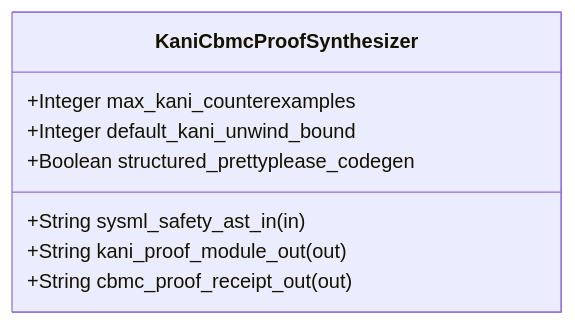
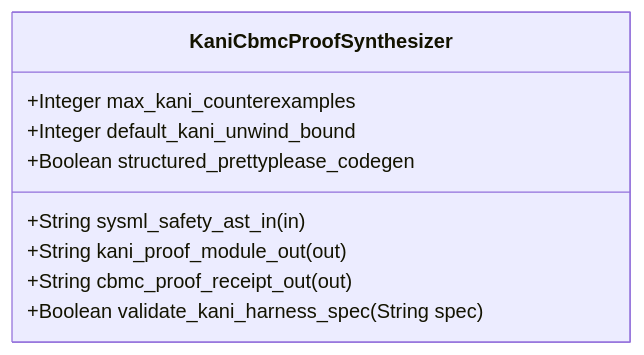
The diagram in .pipeline/upstream/docs/features/FEAT-43-KaniCbmcProofSynthesizer.md (gintatkinson/DEAP01-spec-core), drawn with Mermaid before and after one commit. The commit also changed other lines of this file and 225 other files, not shown here.

````diff
--- a/.pipeline/upstream/docs/features/FEAT-43-KaniCbmcProofSynthesizer.md
+++ b/.pipeline/upstream/docs/features/FEAT-43-KaniCbmcProofSynthesizer.md
@@ -16,11 +21,12 @@
 ```mermaid
 classDiagram
     class KaniCbmcProofSynthesizer {
         +String sysml_safety_ast_in (in)
         +String kani_proof_module_out (out)
         +String cbmc_proof_receipt_out (out)
         +Integer max_kani_counterexamples
         +Integer default_kani_unwind_bound
         +Boolean structured_prettyplease_codegen
+        +Boolean validate_kani_harness_spec(String spec)
     }
 ```
````
